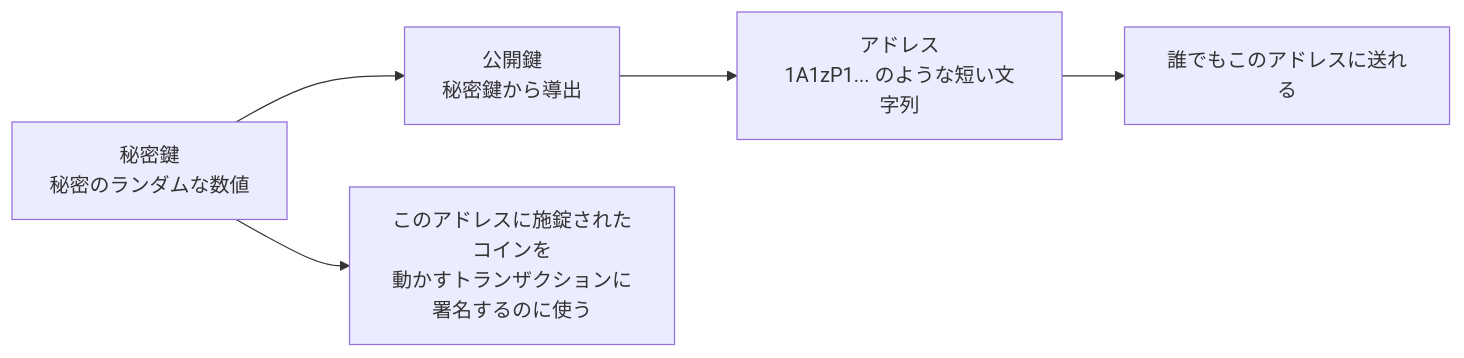
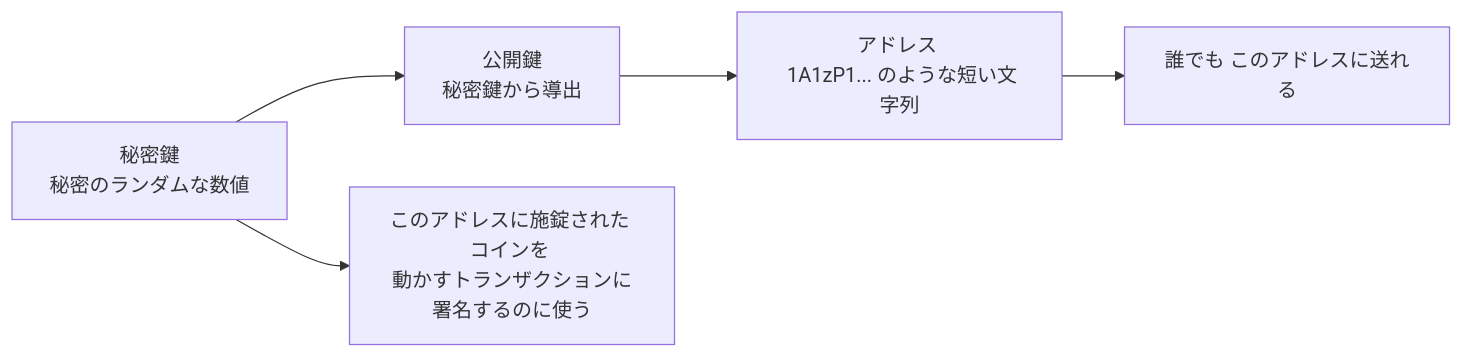
The third of 10 diagrams in src/data/translations/ja/analysis/2026-05-23-how-bitcoin-works-visual-glossary.md (cypher256/BitcoinArchive), drawn with Mermaid before and after one commit. The commit also changed other lines of this file and 20 other files, not shown here.

````diff
--- a/src/data/translations/ja/analysis/2026-05-23-how-bitcoin-works-visual-glossary.md
+++ b/src/data/translations/ja/analysis/2026-05-23-how-bitcoin-works-visual-glossary.md
@@ -153,7 +155,7 @@
 ```mermaid
 flowchart LR
-  PK[秘密鍵<br/>秘密のランダムな数値] --> PUB[公開鍵<br/>秘密鍵から導出]
-  PUB --> ADDR[アドレス<br/>1A1zP1... のような短い文字列]
-  ADDR --> RECV[誰でもこのアドレスに送れる]
-  PK --> SIG[このアドレスに施錠されたコインを<br/>動かすトランザクションに署名するのに使う]
+  PK[秘密鍵 <br/> 秘密のランダムな数値] --> PUB[公開鍵 <br/> 秘密鍵から導出]
+  PUB --> ADDR[アドレス <br/> 1A1zP1... のような短い文字列]
+  ADDR --> RECV[誰でも このアドレスに送れる]
+  PK --> SIG[このアドレスに施錠された コインを <br/> 動かすトランザクションに 署名するのに使う]
 ```
````
